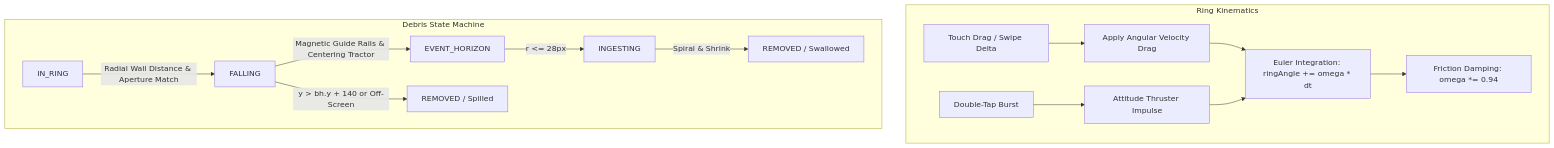
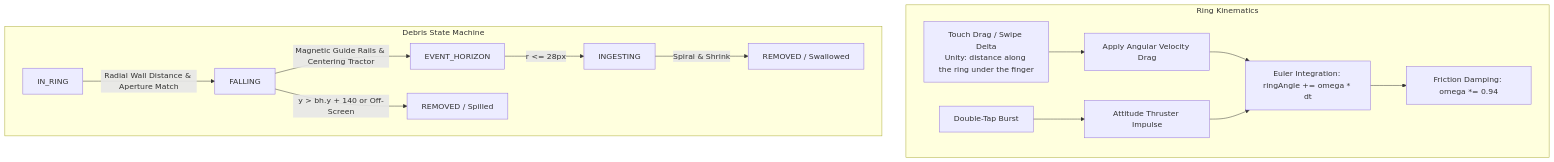
One commit to PhoenixNest/AGENT-PLAYGROUND changed the second of 2 diagrams in games/maze-puzzle/04_TECHNICAL_ARCHITECTURE.md. Above: the diagram before and after it, drawn with Mermaid. The commit also changed 6 other files, not shown here.

````diff
--- a/games/maze-puzzle/04_TECHNICAL_ARCHITECTURE.md
+++ b/games/maze-puzzle/04_TECHNICAL_ARCHITECTURE.md
@@ -55,17 +55,17 @@
 ```mermaid
 flowchart TD
     subgraph Ring Kinematics
-        R1[Touch Drag / Swipe Delta] --> R2[Apply Angular Velocity Drag]
+        R1[Touch Drag / Swipe Delta<br/>Unity: distance along the ring under the finger] --> R2[Apply Angular Velocity Drag]
         R3[Double-Tap Burst] --> R4[Attitude Thruster Impulse]
         R2 & R4 --> R5[Euler Integration: ringAngle += omega * dt]
         R5 --> R6[Friction Damping: omega *= 0.94]
     end
 
     subgraph Debris State Machine
         D1[IN_RING] -->|Radial Wall Distance & Aperture Match| D2[FALLING]
         D2 -->|Magnetic Guide Rails & Centering Tractor| D3[EVENT_HORIZON]
         D3 -->|r <= 28px| D4[INGESTING]
         D4 -->|Spiral & Shrink| D5[REMOVED / Swallowed]
         D2 -->|y > bh.y + 140 or Off-Screen| D6[REMOVED / Spilled]
     end
 ```
````
